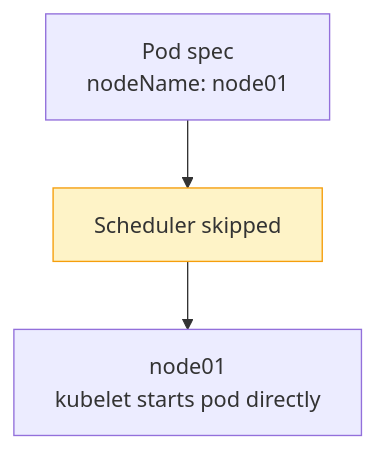
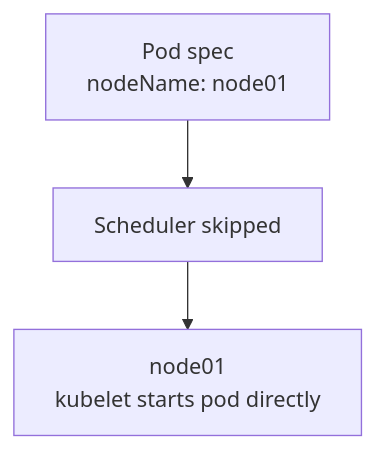
One commit to Gautam4424/k8slearn-content changed the first of 2 diagrams in content/cka/05-scheduling-where-pods-land/51-manual-scheduling-static-pods/51-manual-scheduling-static-pods.md. Above: the diagram before and after it, drawn with Mermaid. The commit also changed 40 other files, not shown here.

Commit message:
chore: fix mermaid style regex

````diff
--- a/content/cka/05-scheduling-where-pods-land/51-manual-scheduling-static-pods/51-manual-scheduling-static-pods.md
+++ b/content/cka/05-scheduling-where-pods-land/51-manual-scheduling-static-pods/51-manual-scheduling-static-pods.md
@@ -21,8 +21,7 @@
 ```mermaid
 flowchart TD
     POD["Pod spec\nnodeName: node01"]
     SKIP["Scheduler skipped"]
     NODE["node01\nkubelet starts pod directly"]
     POD --> SKIP --> NODE
-    style SKIP fill:#fef3c7,stroke:#f59e0b
 ```
````
